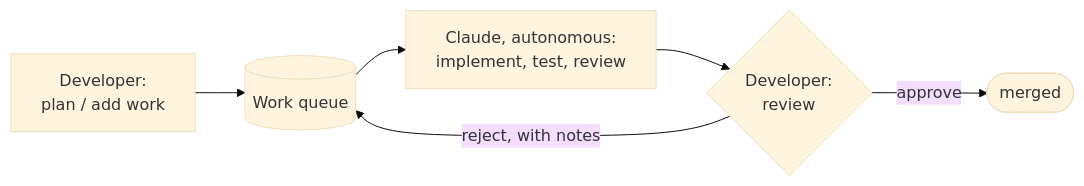
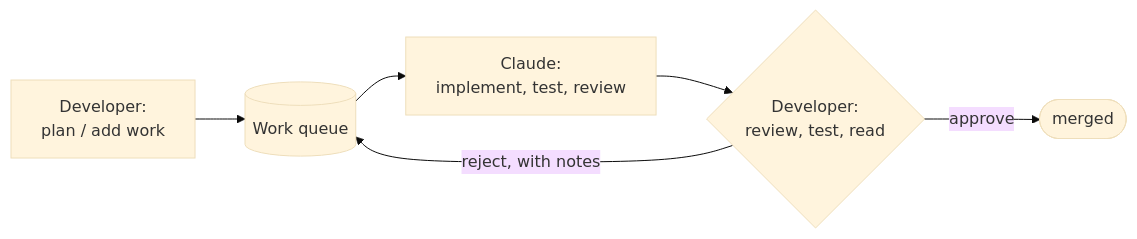
Before and after one commit to ashleydavis/playbook: the diagram in README.md, drawn with Mermaid (base theme). The commit also changed 1 other file, not shown here.

Commit message:
Tweaked the diagrams.

````diff
--- a/README.md
+++ b/README.md
@@ -13,8 +13,8 @@
 ```mermaid
 flowchart LR
     DEV["Developer:<br/>plan / add work"] --> Q[("Work queue")]
-    Q --> AI["Claude, autonomous:<br/>implement, test, review"]
-    AI --> REV{"Developer:<br/>review"}
+    Q --> AI["Claude:<br/>implement, test, review"]
+    AI --> REV{"Developer:<br/>review, test, read"}
     REV -->|approve| DONE(["merged"])
     REV -->|reject, with notes| Q
 ```
````
